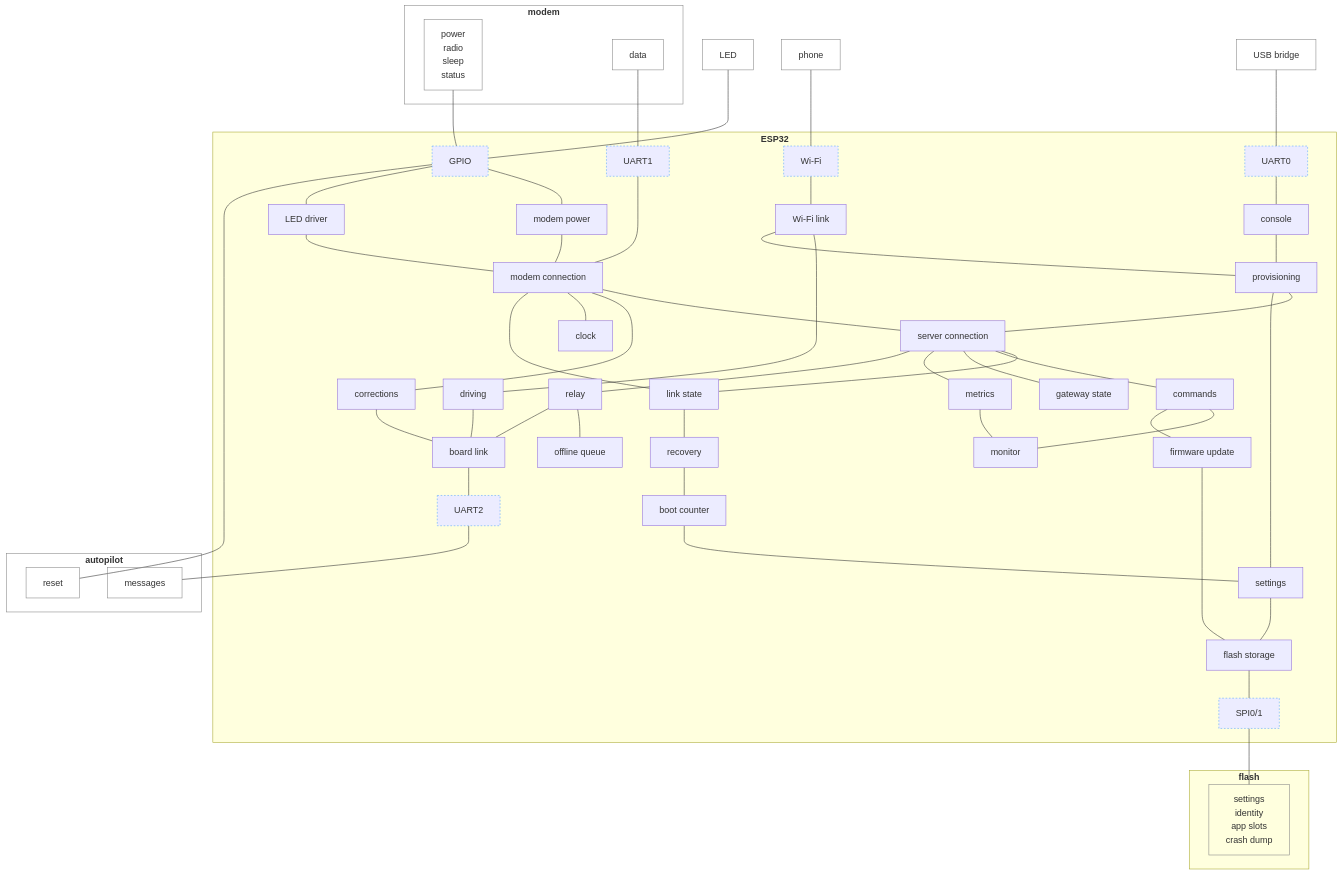
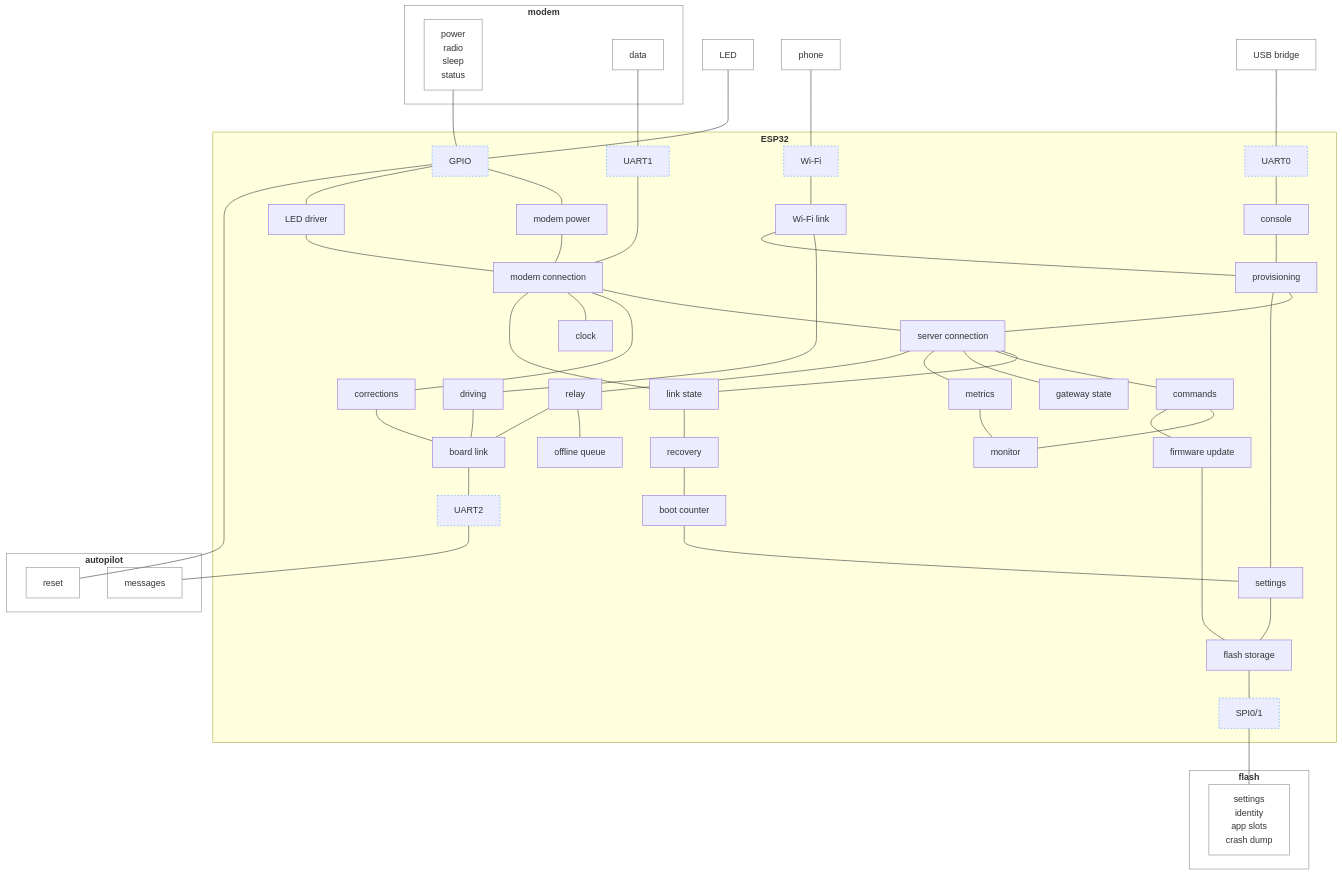
The diagram in .esp-architecture/diagrams/block-draft.md (rmx-lt/rmx-mower-gateway), drawn with Mermaid before and after one commit.

Commit message:
Draft: flash container like the other devices

````diff
--- a/.esp-architecture/diagrams/block-draft.md
+++ b/.esp-architecture/diagrams/block-draft.md
@@ -88,5 +88,5 @@
   classDef bus stroke:#58a6ff,stroke-dasharray:3 3
   class u1,gp,u2,wf,u0,sp bus
   classDef device fill:none,stroke:#888
-  class modem,mdata,mctl,led,ap,amsg,areset,ph,usb,fparts device
+  class modem,mdata,mctl,led,ap,amsg,areset,ph,usb,fl,fparts device
 ```
````
